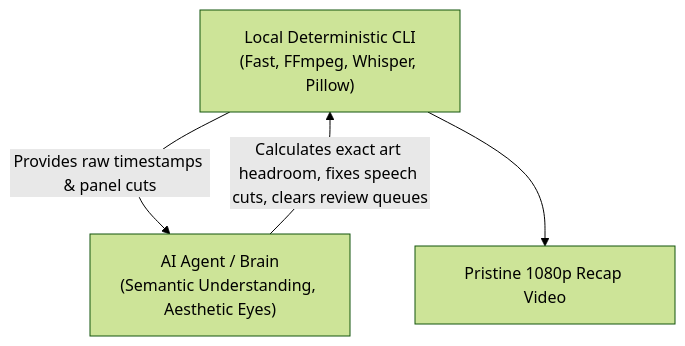
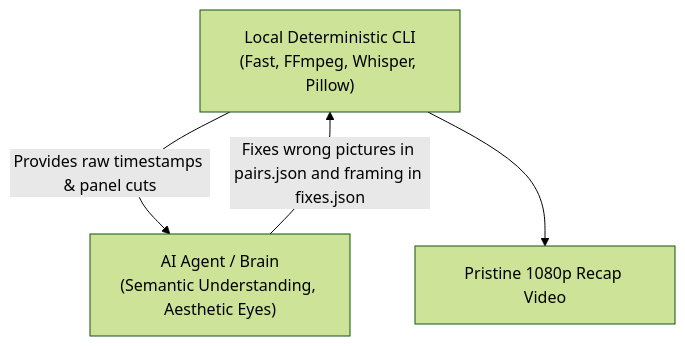
The fifth of 5 diagrams in docs/manhwa_ocr_architecture_and_workflow_guide.md (itsakash-real/MahwaOCR-Video-), drawn with Mermaid (forest theme) before and after one commit. The commit also changed other lines of this file and 5 other files, not shown here.

First line of the commit message:
Fix 8: agent rules and docs (routine, where fixes go, intro, pre-recording checklist, CLAUDE.md)

````diff
--- a/docs/manhwa_ocr_architecture_and_workflow_guide.md
+++ b/docs/manhwa_ocr_architecture_and_workflow_guide.md
@@ -287,10 +310,10 @@
 ```mermaid
 graph TD
     CLI["Local Deterministic CLI<br>(Fast, FFmpeg, Whisper, Pillow)"]
     AGENT["AI Agent / Brain<br>(Semantic Understanding, Aesthetic Eyes)"]
     OUTPUT["Pristine 1080p Recap Video"]
 
     CLI -->|Provides raw timestamps & panel cuts| AGENT
-    AGENT -->|Calculates exact art headroom, fixes speech cuts, clears review queues| CLI
+    AGENT -->|Fixes wrong pictures in pairs.json and framing in fixes.json| CLI
     CLI --> OUTPUT
 ```
````
